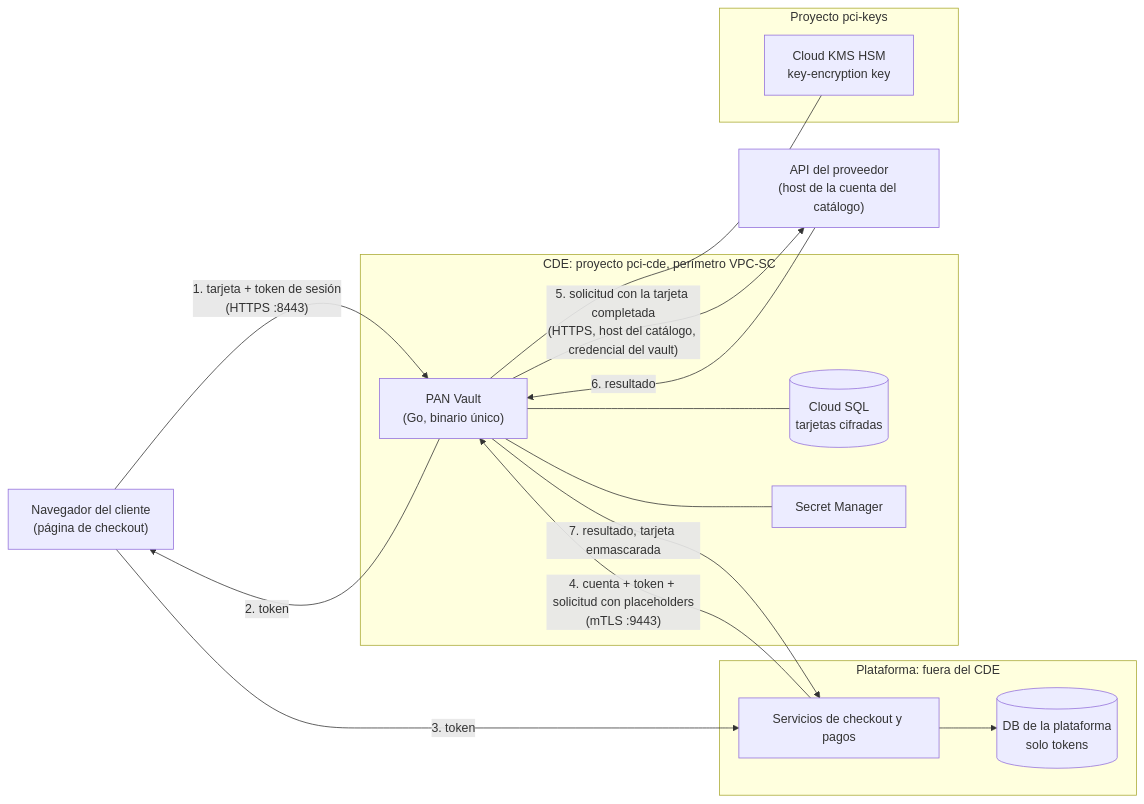
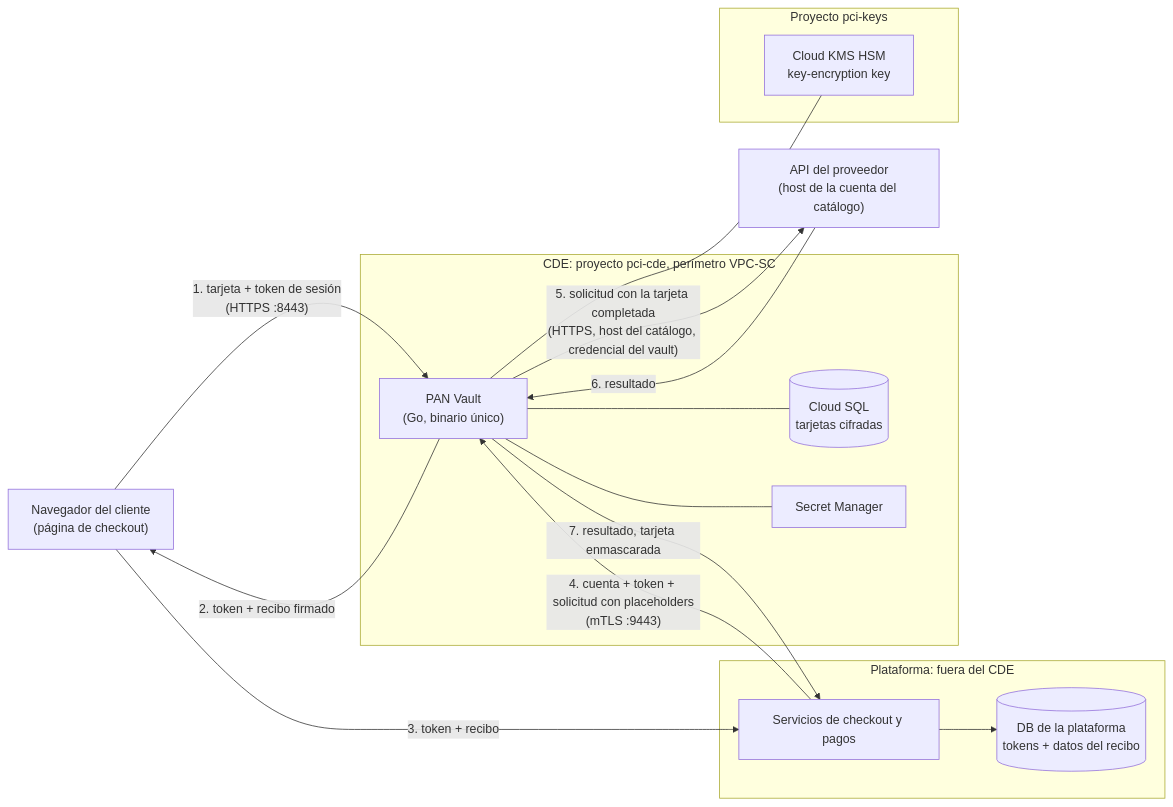
One commit to camcima/tokenizer changed the fourth of 11 diagrams in README.es.md. Above: the diagram before and after it, drawn with Mermaid. The commit also changed other lines of this file and 12 other files, not shown here.

````diff
--- a/README.es.md
+++ b/README.es.md
@@ -219,29 +219,29 @@
 ```mermaid
 flowchart LR
     Browser["Navegador del cliente<br/>(página de checkout)"]
     subgraph Platform["Plataforma: fuera del CDE"]
         API[Servicios de checkout y pagos]
-        PDB[(DB de la plataforma<br/>solo tokens)]
+        PDB[("DB de la plataforma<br/>tokens + datos del recibo")]
     end
     subgraph CDE["CDE: proyecto pci-cde, perímetro VPC-SC"]
         Vault["PAN Vault<br/>(Go, binario único)"]
         SQL[("Cloud SQL<br/>tarjetas cifradas")]
         SM[Secret Manager]
     end
     subgraph Keys["Proyecto pci-keys"]
         KMS[Cloud KMS HSM<br/>key-encryption key]
     end
     Stripe["API del proveedor<br/>(host de la cuenta del catálogo)"]
 
     Browser -- "1. tarjeta + token de sesión<br/>(HTTPS :8443)" --> Vault
-    Vault -- "2. token" --> Browser
-    Browser -- "3. token" --> API
+    Vault -- "2. token + recibo firmado" --> Browser
+    Browser -- "3. token + recibo" --> API
     API --> PDB
     API -- "4. cuenta + token + solicitud con placeholders<br/>(mTLS :9443)" --> Vault
     Vault -- "5. solicitud con la tarjeta completada<br/>(HTTPS, host del catálogo, credencial del vault)" --> Stripe
     Stripe -- "6. resultado" --> Vault
     Vault -- "7. resultado, tarjeta enmascarada" --> API
     Vault --- SQL
     Vault --- SM
     Vault --- KMS
 ```
````
